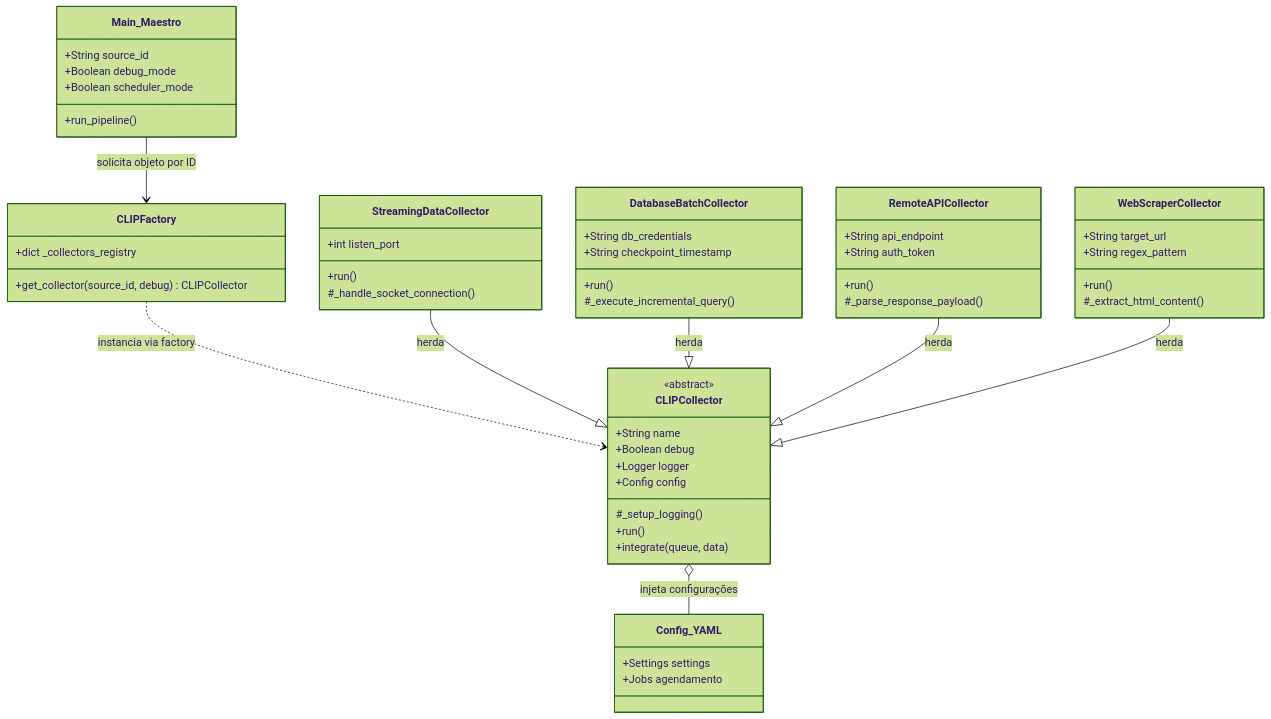
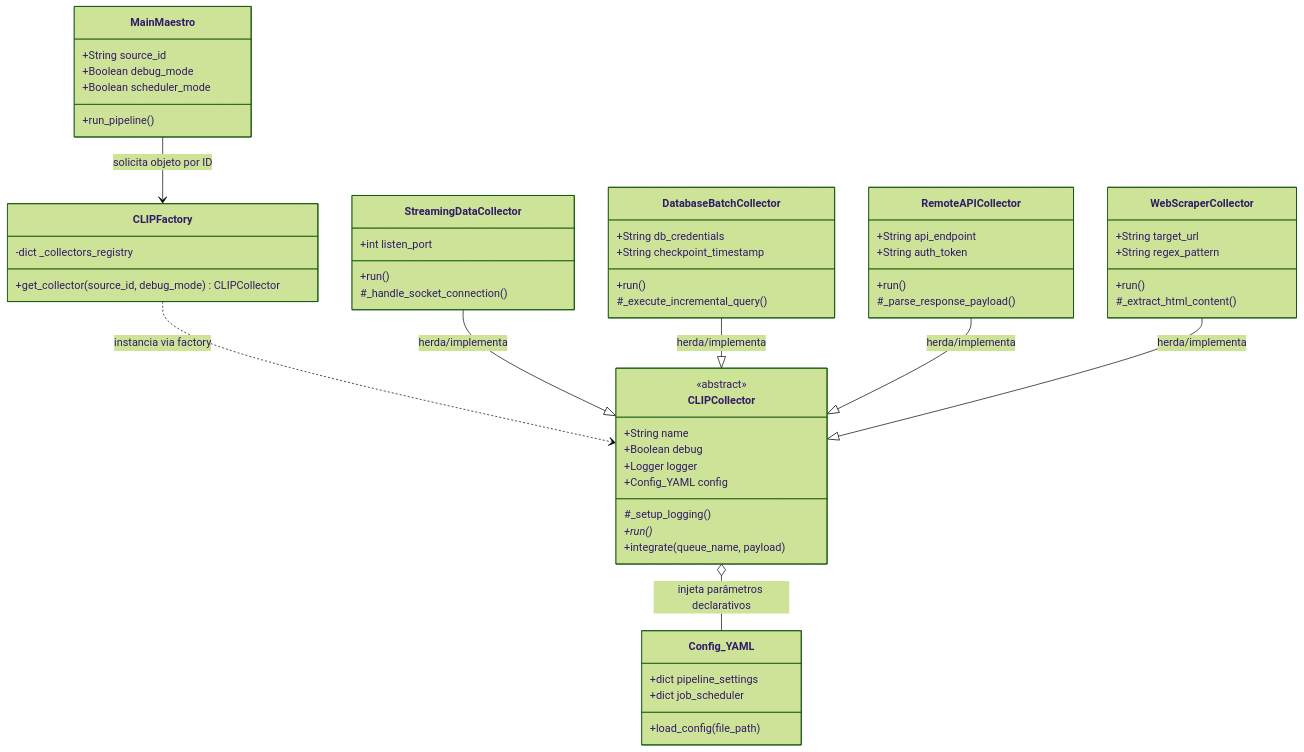
Before and after one commit to caju1000/CLIP: the diagram in README.md, drawn with Mermaid (forest theme).

````diff
--- a/README.md
+++ b/README.md
@@ -75,66 +75,68 @@
 ```mermaid
 classDiagram
-    class Main_Maestro {
+    class MainMaestro {
         +String source_id
         +Boolean debug_mode
         +Boolean scheduler_mode
         +run_pipeline()
     }
 
     class CLIPFactory {
-        +dict _collectors_registry
-        +get_collector(source_id, debug) CLIPCollector
+        -dict _collectors_registry
+        +get_collector(source_id, debug_mode) CLIPCollector
     }
 
     class CLIPCollector {
         <<abstract>>
         +String name
         +Boolean debug
         +Logger logger
-        +Config config
+        +Config_YAML config
         #_setup_logging()
-        +run()
-        +integrate(queue, data)
+        +run()*
+        +integrate(queue_name, payload)
     }
 
     class StreamingDataCollector {
         +int listen_port
-        +run() 
+        +run()
         #_handle_socket_connection()
     }
 
     class DatabaseBatchCollector {
         +String db_credentials
         +String checkpoint_timestamp
         +run()
         #_execute_incremental_query()
     }
 
     class RemoteAPICollector {
         +String api_endpoint
         +String auth_token
         +run()
         #_parse_response_payload()
     }
 
     class WebScraperCollector {
         +String target_url
         +String regex_pattern
         +run()
         #_extract_html_content()
     }
 
     class Config_YAML {
-        +Settings settings
-        +Jobs agendamento
+        +dict pipeline_settings
+        +dict job_scheduler
+        +load_config(file_path)
     }
 
-    Main_Maestro --> CLIPFactory : solicita objeto por ID
+    MainMaestro --> CLIPFactory : solicita objeto por ID
     CLIPFactory ..> CLIPCollector : instancia via factory
-    StreamingDataCollector --|> CLIPCollector : herda
-    DatabaseBatchCollector --|> CLIPCollector : herda
-    RemoteAPICollector --|> CLIPCollector : herda
-    WebScraperCollector --|> CLIPCollector : herda
-    CLIPCollector o-- Config_YAML : injeta configurações
+    StreamingDataCollector --|> CLIPCollector : herda/implementa
+    DatabaseBatchCollector --|> CLIPCollector : herda/implementa
+    RemoteAPICollector --|> CLIPCollector : herda/implementa
+    WebScraperCollector --|> CLIPCollector : herda/implementa
+    CLIPCollector o-- Config_YAML : injeta parâmetros declarativos
+
 
 ```
````
